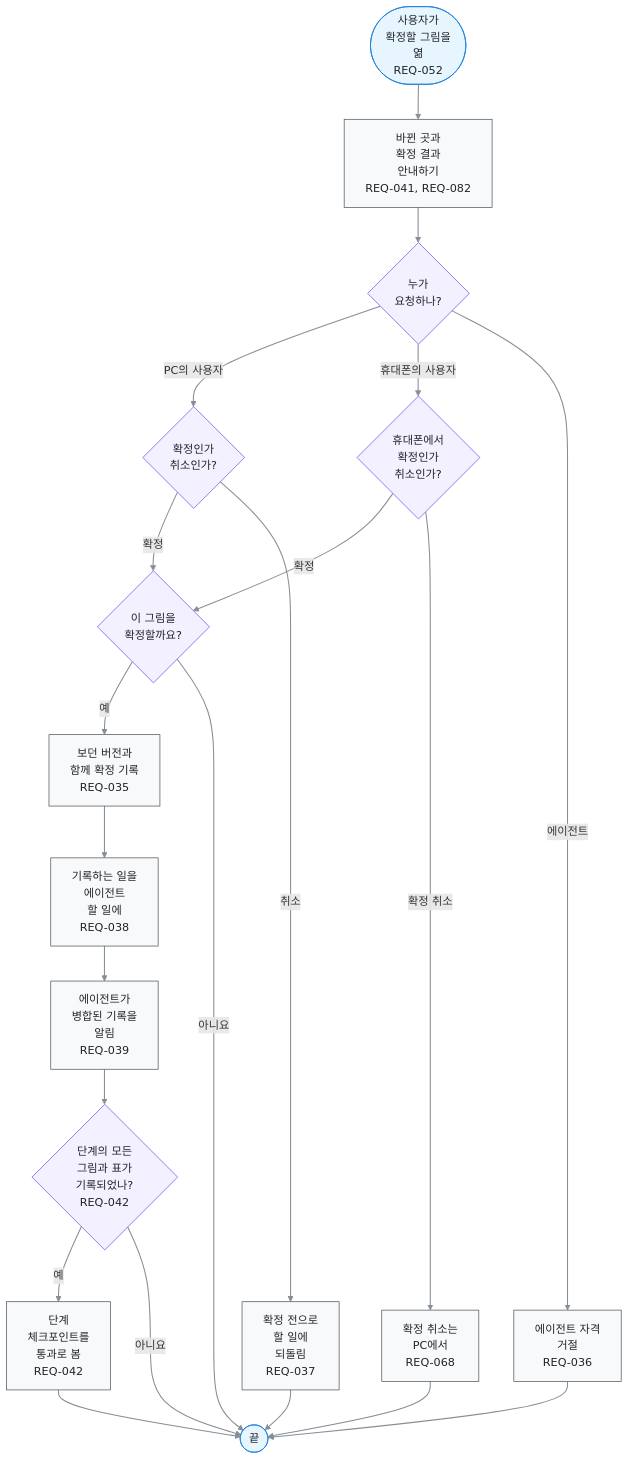
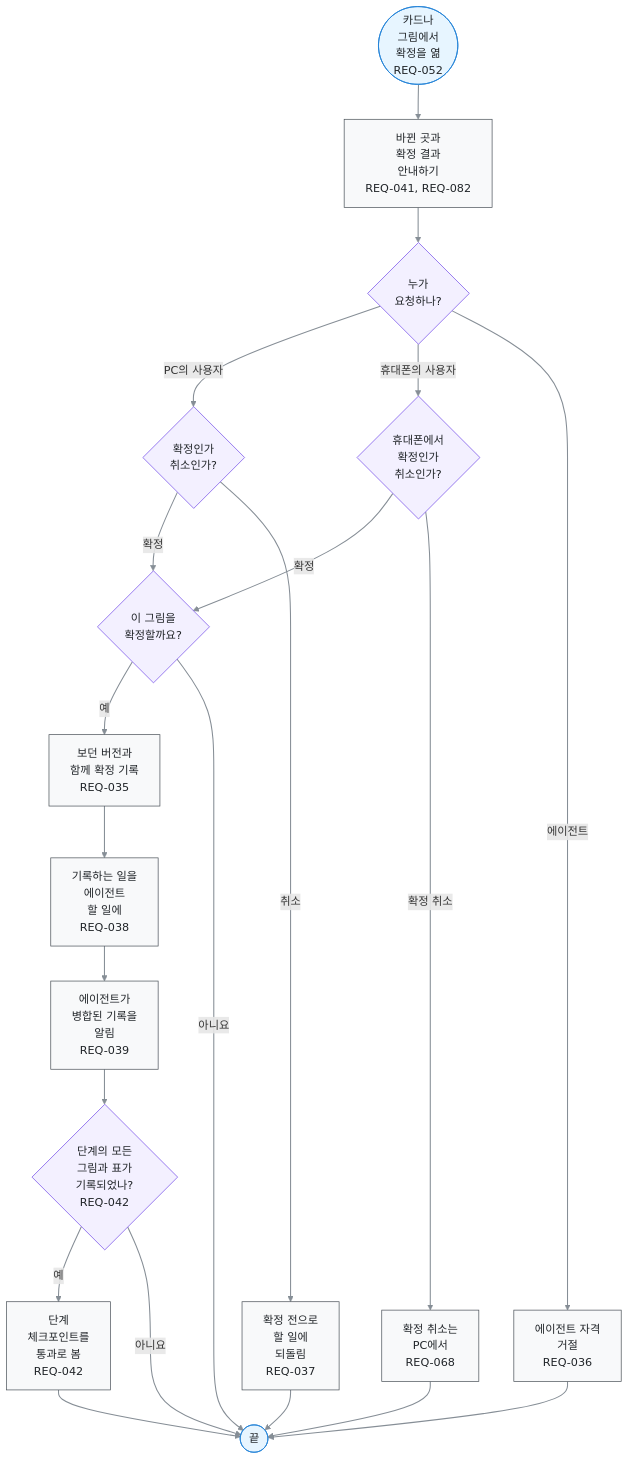
One commit to kodonghui/corthex-nexus changed the diagram in docs/03-user-flow/FL-006-confirm-a-diagram.ko.md. Above: the diagram before and after it, drawn with Mermaid. The commit also changed 63 other files, not shown here.

````diff
--- a/docs/03-user-flow/FL-006-confirm-a-diagram.ko.md
+++ b/docs/03-user-flow/FL-006-confirm-a-diagram.ko.md
@@ -11,48 +11,48 @@
 ```mermaid
 flowchart TD
-  A(["사용자가<br/>확정할 그림을<br/>엶<br/>REQ-052"])
+  A(["카드나<br/>그림에서<br/>확정을 엶<br/>REQ-052"])
   B["바뀐 곳과<br/>확정 결과<br/>안내하기<br/>REQ-041, REQ-082"]
   C{"누가<br/>요청하나?"}
   D{"확정인가<br/>취소인가?"}
   E["보던 버전과<br/>함께 확정 기록<br/>REQ-035"]
   F["기록하는 일을<br/>에이전트<br/>할 일에<br/>REQ-038"]
   G["에이전트가<br/>병합된 기록을<br/>알림<br/>REQ-039"]
   H{"단계의 모든<br/>그림과 표가<br/>기록되었나?<br/>REQ-042"}
   I["단계<br/>체크포인트를<br/>통과로 봄<br/>REQ-042"]
   J["확정 전으로<br/>할 일에<br/>되돌림<br/>REQ-037"]
   P{"휴대폰에서<br/>확정인가<br/>취소인가?"}
   L{"이 그림을<br/>확정할까요?"}
   R1["확정 취소는<br/>PC에서<br/>REQ-068"]
   R2["에이전트 자격<br/>거절<br/>REQ-036"]
   Z(["끝"])
   A e1@--> B
   B e2@--> C
   C e3@-->|PC의 사용자| D
   C e4@-->|휴대폰의 사용자| P
   C e5@-->|에이전트| R2
   D e6@-->|확정| L
   D e7@-->|취소| J
   E e8@--> F
   F e9@--> G
   G e10@--> H
   H e11@-->|예| I
   H e12@-->|아니요| Z
   I e13@--> Z
   J e14@--> Z
   R1 e15@--> Z
   R2 e16@--> Z
   P e17@-->|확정| L
   P e18@-->|확정 취소| R1
   L e19@-->|예| E
   L e20@-->|아니요| Z
   %% legend: below
   classDef term fill:#e7f5ff,stroke:#1c7ed6,color:#212529
   classDef proc fill:#f8f9fa,stroke:#495057,color:#212529
   classDef decide fill:#f3f0ff,stroke:#7048e8,color:#212529
   classDef gap fill:#f1f3f5,stroke:#adb5bd,stroke-dasharray:2 3,color:#495057
   classDef pass stroke:#868e96,stroke-width:1.5px
   class A,Z term
   class B,E,F,G,I,J,R1,R2 proc
   class C,D,H,P,L decide
   class e1,e2,e3,e4,e5,e6,e7,e8,e9,e10,e11,e12,e13,e14,e15,e16,e17,e18,e19,e20 pass
 ```
````
